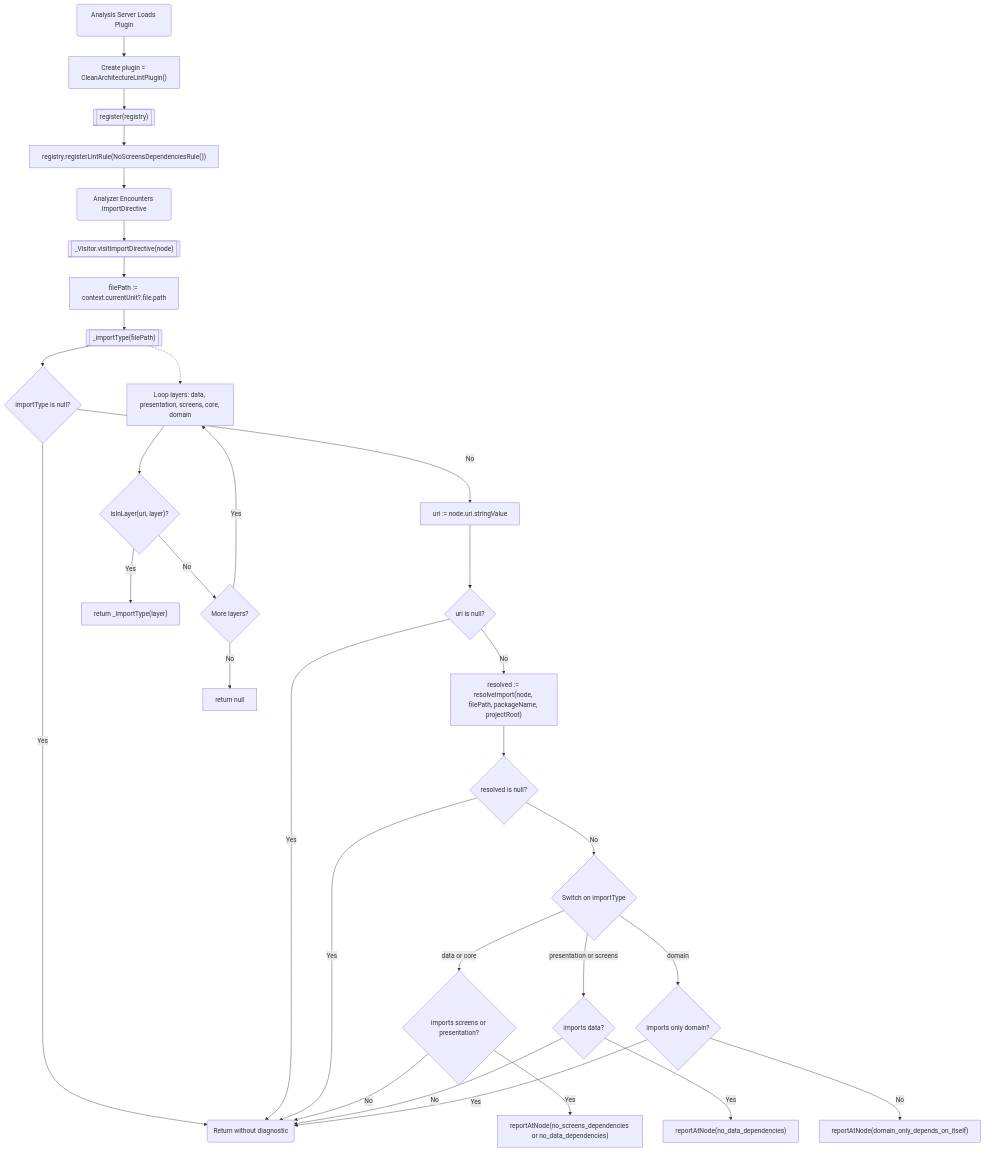
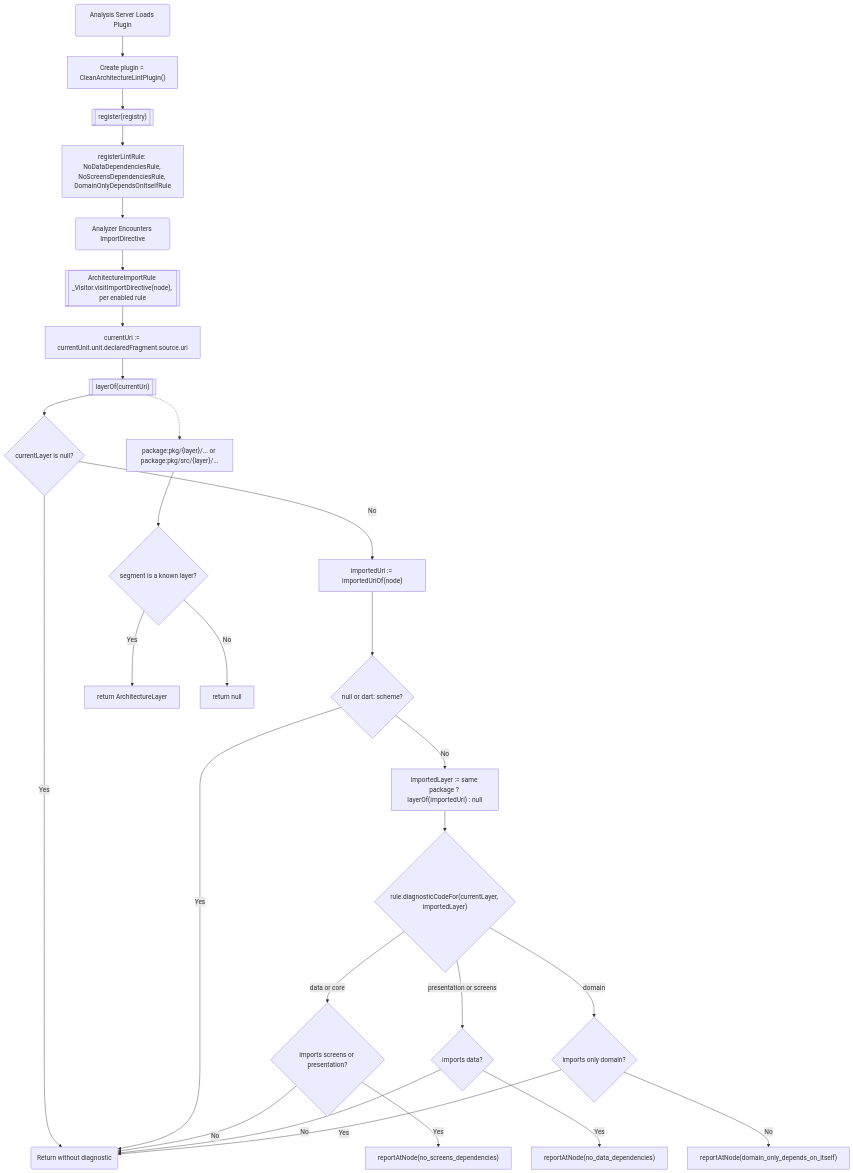
The diagram in lib/clean_arch_lint.mmd (saulogatti/clean_arch_lint), drawn with Mermaid before and after one commit. The commit also changed 18 other files, not shown here.

```diff
--- a/lib/clean_arch_lint.mmd
+++ b/lib/clean_arch_lint.mmd
@@ -1,43 +1,39 @@
 ---
 references:
   - "File: /lib/clean_arch_lint.dart"
   - "File: /lib/src/rules"
 generationTime: 2026-09-09T14:24:23.378Z
 id: 6aa7ac7a-d351-4f5b-923a-18092c202be1
 ---
 flowchart TD
     A("Analysis Server Loads Plugin") --> B["Create plugin = CleanArchitectureLintPlugin()"]
     B --> C[["register(registry)"]]
-    C --> D["registry.registerLintRule(NoScreensDependenciesRule())"]
+    C --> D["registerLintRule: NoDataDependenciesRule, NoScreensDependenciesRule, DomainOnlyDependsOnItselfRule"]
     D --> E("Analyzer Encounters ImportDirective")
-    E --> F[["_Visitor.visitImportDirective(node)"]]
-    F --> G["filePath := context.currentUnit?.file.path"]
-    G --> H[["_importType(filePath)"]]
-    H --> I{"importType is null?"}
+    E --> F[["ArchitectureImportRule _Visitor.visitImportDirective(node), per enabled rule"]]
+    F --> G["currentUri := currentUnit.unit.declaredFragment.source.uri"]
+    G --> H[["layerOf(currentUri)"]]
+    H --> I{"currentLayer is null?"}
     I -->|Yes| Z("Return without diagnostic")
-    I -->|No| J["uri := node.uri.stringValue"]
-    J --> K{"uri is null?"}
+    I -->|No| J["importedUri := importedUriOf(node)"]
+    J --> K{"null or dart: scheme?"}
     K -->|Yes| Z
-    K -->|No| L["resolved := resolveImport(node, filePath, packageName, projectRoot)"]
-    L --> M{"resolved is null?"}
-    M -->|Yes| Z
-    M -->|No| N{"Switch on importType"}
+    K -->|No| L["importedLayer := same package ? layerOf(importedUri) : null"]
+    L --> N{"rule.diagnosticCodeFor(currentLayer, importedLayer)"}
 
     N -->|data or core| O{"imports screens or presentation?"}
-    O -->|Yes| P["reportAtNode(no_screens_dependencies or no_data_dependencies)"]
+    O -->|Yes| P["reportAtNode(no_screens_dependencies)"]
     O -->|No| Z
 
     N -->|presentation or screens| Q{"imports data?"}
     Q -->|Yes| R["reportAtNode(no_data_dependencies)"]
     Q -->|No| Z
 
     N -->|domain| S{"imports only domain?"}
     S -->|No| T["reportAtNode(domain_only_depends_on_itself)"]
     S -->|Yes| Z
 
-    H -.-> H1["Loop layers: data, presentation, screens, core, domain"]
-    H1 --> H2{"isInLayer(uri, layer)?"}
-    H2 -->|Yes| H3["return _ImportType(layer)"]
-    H2 -->|No| H4{"More layers?"}
-    H4 -->|Yes| H1
-    H4 -->|No| H5["return null"]
+    H -.-> H1["package:pkg/{layer}/... or package:pkg/src/{layer}/..."]
+    H1 --> H2{"segment is a known layer?"}
+    H2 -->|Yes| H3["return ArchitectureLayer"]
+    H2 -->|No| H5["return null"]
```
